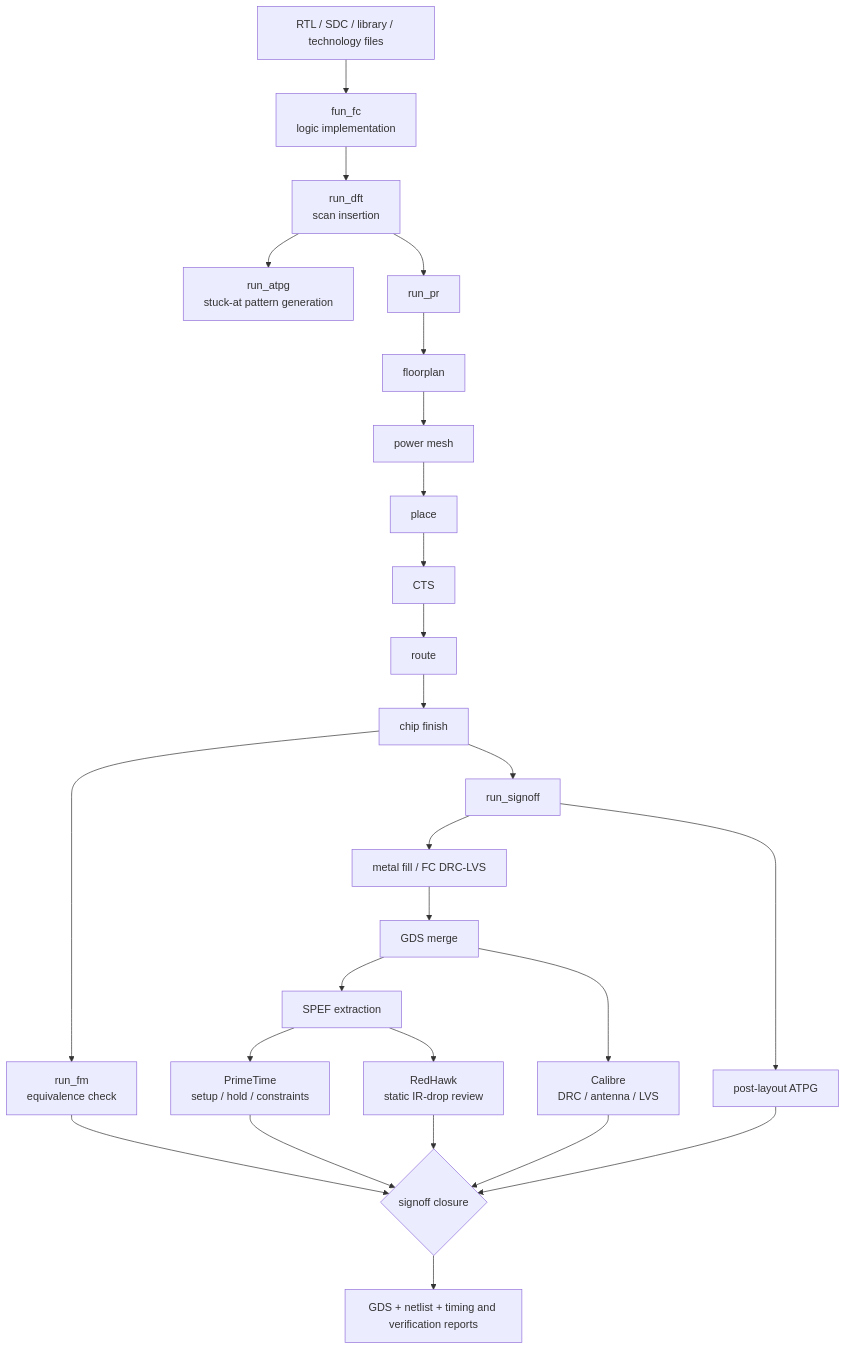
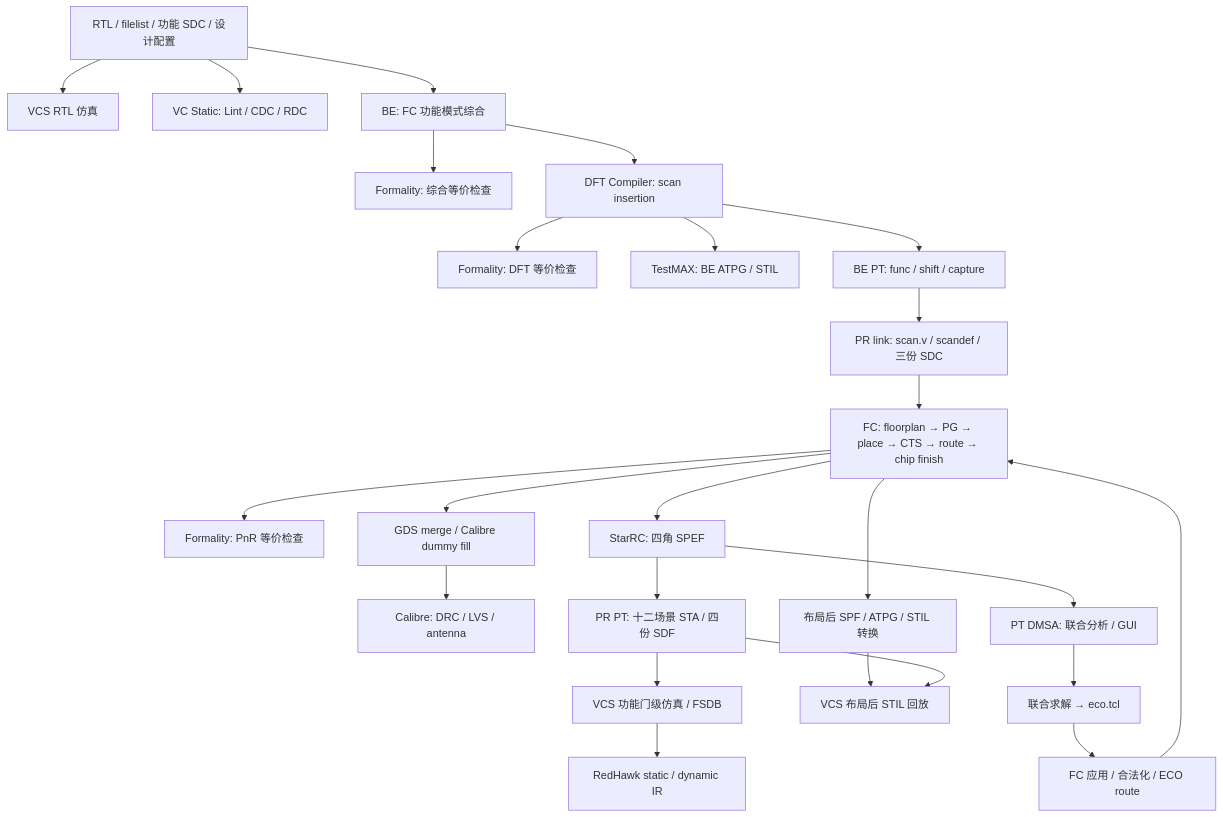
The diagram in docs/RTL2GDS.md (lizhui20/rtl2gds), drawn with Mermaid before and after one commit. The commit also changed other lines of this file and 7 other files, not shown here.

Commit message:
docs: showcase N28 RTL2GDS with 12-scenario STA and joint ECO

````diff
--- a/docs/RTL2GDS.md
+++ b/docs/RTL2GDS.md
@@ -18,28 +67,27 @@
 ```mermaid
 flowchart TD
-    A[RTL / SDC / library / technology files] --> B[fun_fc<br/>logic implementation]
-    B --> C[run_dft<br/>scan insertion]
-    C --> D[run_atpg<br/>stuck-at pattern generation]
-    C --> E[run_pr]
-    E --> E1[floorplan]
-    E1 --> E2[power mesh]
-    E2 --> E3[place]
-    E3 --> E4[CTS]
-    E4 --> E5[route]
-    E5 --> E6[chip finish]
-    E6 --> F[run_fm<br/>equivalence check]
-    E6 --> G[run_signoff]
-    G --> G1[metal fill / FC DRC-LVS]
-    G1 --> G2[GDS merge]
-    G2 --> G3[SPEF extraction]
-    G3 --> H[PrimeTime<br/>setup / hold / constraints]
-    G3 --> I[RedHawk<br/>static IR-drop review]
-    G2 --> J[Calibre<br/>DRC / antenna / LVS]
-    G --> K[post-layout ATPG]
-    F --> L{signoff closure}
-    H --> L
-    I --> L
-    J --> L
-    K --> L
-    L --> M[GDS + netlist + timing and verification reports]
+    SRC[RTL / filelist / 功能 SDC / 设计配置] --> SIM[VCS RTL 仿真]
+    SRC --> VC[VC Static: Lint / CDC / RDC]
+    SRC --> SYN[BE: FC 功能模式综合]
+    SYN --> FM1[Formality: 综合等价检查]
+    SYN --> DFT[DFT Compiler: scan insertion]
+    DFT --> FM2[Formality: DFT 等价检查]
+    DFT --> ATPG[TestMAX: BE ATPG / STIL]
+    DFT --> BEPT[BE PT: func / shift / capture]
+    BEPT --> LINK[PR link: scan.v / scandef / 三份 SDC]
+    LINK --> PNR[FC: floorplan → PG → place → CTS → route → chip finish]
+    PNR --> FM3[Formality: PnR 等价检查]
+    PNR --> GDS[GDS merge / Calibre dummy fill]
+    GDS --> PV[Calibre: DRC / LVS / antenna]
+    PNR --> RC[StarRC: 四角 SPEF]
+    RC --> PT[PR PT: 十二场景 STA / 四份 SDF]
+    RC --> DMSA[PT DMSA: 联合分析 / GUI]
+    DMSA --> ECO[联合求解 → eco.tcl]
+    ECO --> APPLY[FC 应用 / 合法化 / ECO route]
+    APPLY --> PNR
+    PNR --> PAT[布局后 SPF / ATPG / STIL 转换]
+    PAT --> GLS[VCS 布局后 STIL 回放]
+    PT --> GLS
+    PT --> GATE[VCS 功能门级仿真 / FSDB]
+    GATE --> IR[RedHawk static / dynamic IR]
 ```
````
